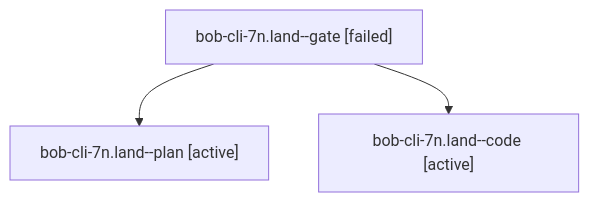
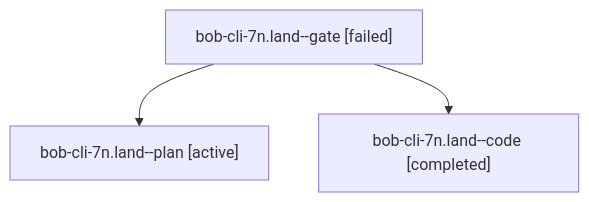
The diagram in sessions/bbugyi200.athena.bob-cli-7n.land.md (bobs-org/bob-cli--agents), drawn with Mermaid before and after one commit. The commit also changed other lines of this file and 26 other files, not shown here.

````diff
--- a/sessions/bbugyi200.athena.bob-cli-7n.land.md
+++ b/sessions/bbugyi200.athena.bob-cli-7n.land.md
@@ -9,8 +9,8 @@
 ```mermaid
 flowchart TD
   n0["bob-cli-7n.land--gate [failed]"]
   n1["bob-cli-7n.land--plan [active]"]
   n0 --> n1
-  n2["bob-cli-7n.land--code [active]"]
+  n2["bob-cli-7n.land--code [completed]"]
   n0 --> n2
 ```
````
